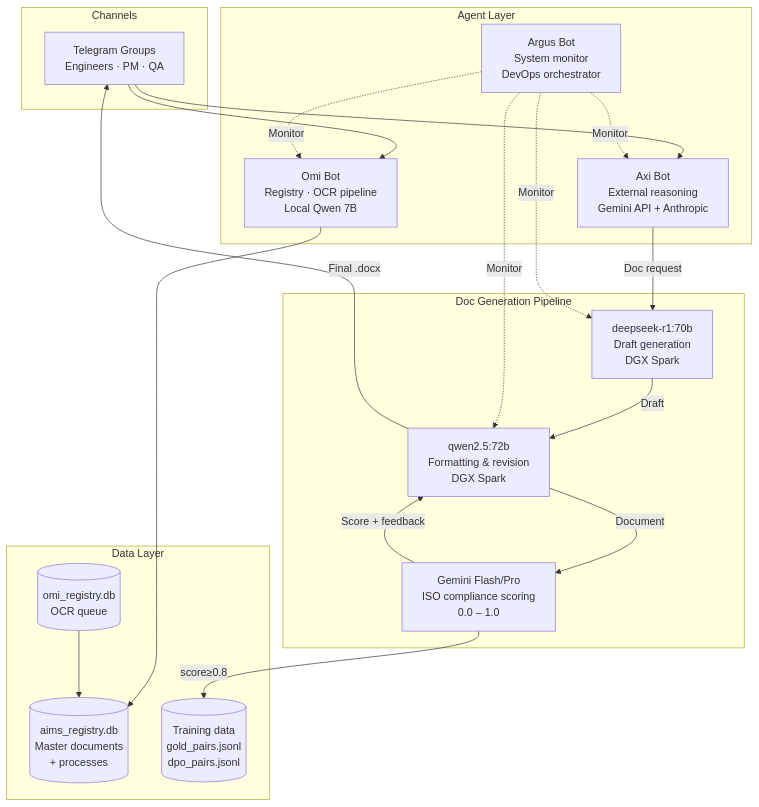
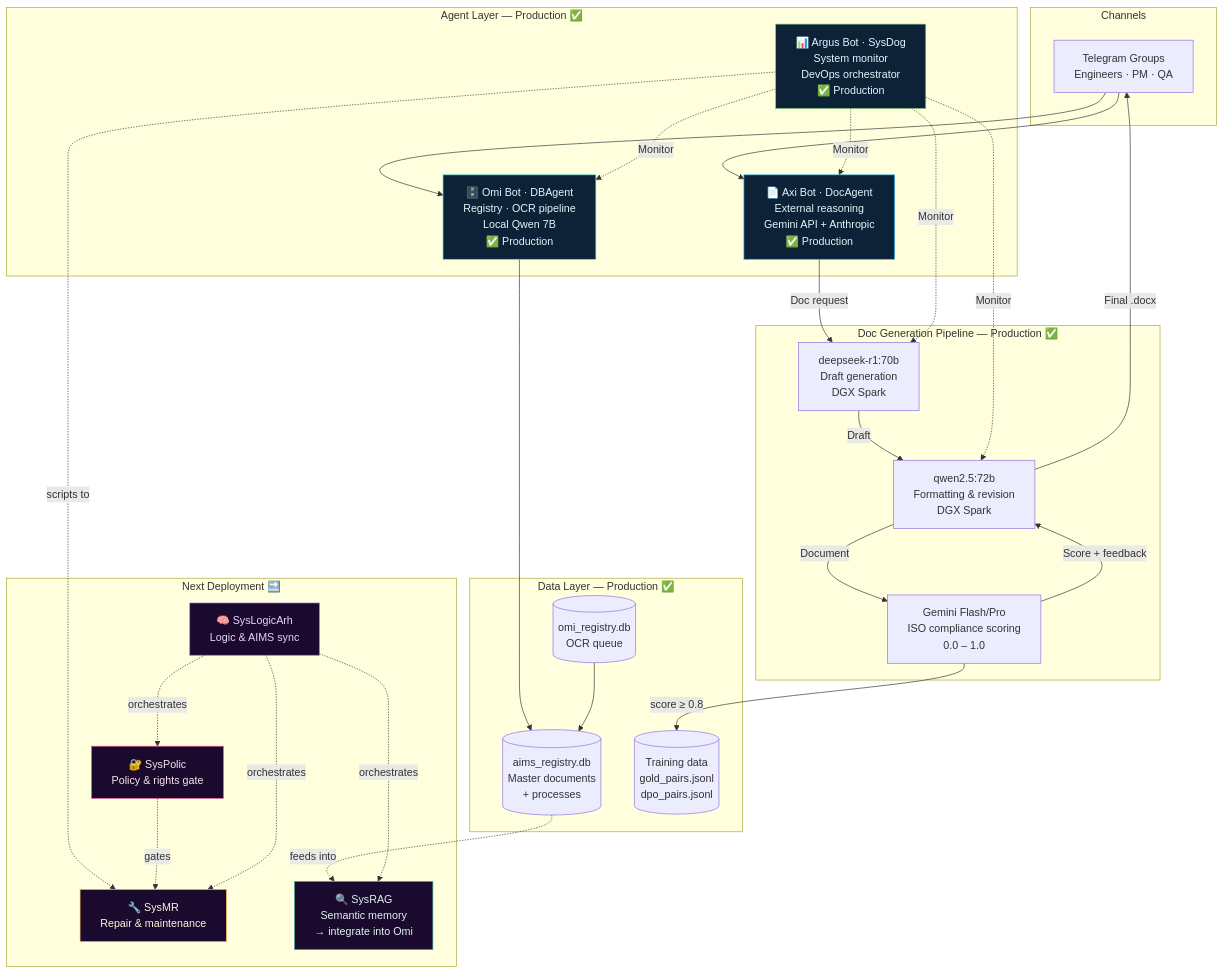
One commit to AxiOMSphereAssistanceAIMS/AxiOMSphere changed the sixth of 8 diagrams in README.md. Above: the diagram before and after it, drawn with Mermaid. The commit also changed other lines of this file, not shown here.

````diff
--- a/README.md
+++ b/README.md
@@ -156,36 +363,55 @@
 ```mermaid
 flowchart TB
     subgraph Channels
-        TG[Telegram Groups\nEngineers · PM · QA]
+        TG["Telegram Groups\nEngineers · PM · QA"]
     end
 
-    subgraph "Agent Layer"
-        Axi["Axi Bot\nExternal reasoning\nGemini API + Anthropic"]
-        Omi["Omi Bot\nRegistry · OCR pipeline\nLocal Qwen 7B"]
-        Argus["Argus Bot\nSystem monitor\nDevOps orchestrator"]
+    subgraph "Agent Layer — Production ✅"
+        Axi["📄 Axi Bot · DocAgent\nExternal reasoning\nGemini API + Anthropic\n✅ Production"]
+        Omi["🗄️ Omi Bot · DBAgent\nRegistry · OCR pipeline\nLocal Qwen 7B\n✅ Production"]
+        Argus["📊 Argus Bot · SysDog\nSystem monitor\nDevOps orchestrator\n✅ Production"]
     end
 
-    subgraph "Doc Generation Pipeline"
+    subgraph "Doc Generation Pipeline — Production ✅"
         R1["deepseek-r1:70b\nDraft generation\nDGX Spark"]
         Qwen["qwen2.5:72b\nFormatting & revision\nDGX Spark"]
         Gemini["Gemini Flash/Pro\nISO compliance scoring\n0.0 – 1.0"]
     end
 
-    subgraph "Data Layer"
-        OR[(omi_registry.db\nOCR queue)]
-        AR[(aims_registry.db\nMaster documents\n+ processes)]
-        TRN[(Training data\ngold_pairs.jsonl\ndpo_pairs.jsonl)]
+    subgraph "Data Layer — Production ✅"
+        OR[("omi_registry.db\nOCR queue")]
+        AR[("aims_registry.db\nMaster documents\n+ processes")]
+        TRN[("Training data\ngold_pairs.jsonl\ndpo_pairs.jsonl")]
     end
 
-    TG --> Axi
-    TG --> Omi
+    subgraph "Next Deployment 🔜"
+        NL["🧠 SysLogicArh\nLogic & AIMS sync"]
+        NP["🔐 SysPolic\nPolicy & rights gate"]
+        NM["🔧 SysMR\nRepair & maintenance"]
+        NR["🔍 SysRAG\nSemantic memory\n→ integrate into Omi"]
+    end
+
+    TG --> Axi & Omi
     Axi -->|Doc request| R1
     R1 -->|Draft| Qwen
     Qwen -->|Document| Gemini
     Gemini -->|Score + feedback| Qwen
-    Qwen -->|Final .docx| TG
-    Gemini -->|score≥0.8| TRN
+    Qwen -->|"Final .docx"| TG
+    Gemini -->|"score ≥ 0.8"| TRN
     Omi --> AR
     OR --> AR
     Argus -.->|Monitor| Axi & Omi & R1 & Qwen
+
+    AR -.->|"feeds into"| NR
+    Argus -.->|"scripts to"| NM
+    NP -.->|"gates"| NM
+    NL -.->|"orchestrates"| NP & NM & NR
+
+    style Axi fill:#0d2137,stroke:#29b6f6,color:#e0f7fa
+    style Omi fill:#0d2137,stroke:#4dd0e1,color:#e0f7fa
+    style Argus fill:#0d2137,stroke:#81c784,color:#e0f7fa
+    style NL fill:#1a0a2e,stroke:#9c6df4,color:#e9d5ff
+    style NP fill:#1a0a2e,stroke:#f06292,color:#fce4ec
+    style NM fill:#1a0a2e,stroke:#ffb74d,color:#fff3e0
+    style NR fill:#1a0a2e,stroke:#4db6ac,color:#e0f2f1
 ```
````
